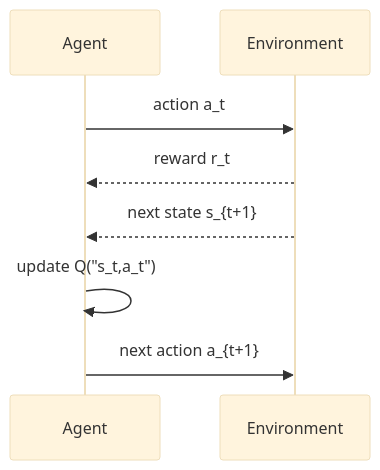
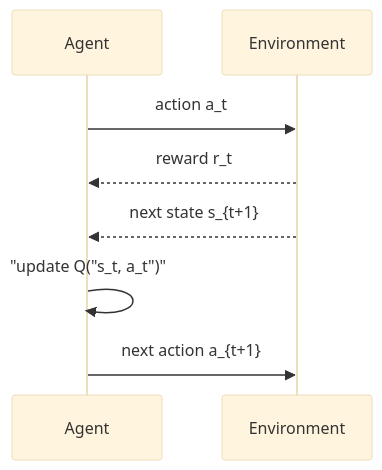
One commit to justinbrianhwang/SJ-wiki changed the diagram in docs/cs/machine-learning/reinforcement-learning.md. Above: the diagram before and after it, drawn with Mermaid (base theme). The commit also changed other lines of this file and 955 other files, not shown here.

````diff
--- a/docs/cs/machine-learning/reinforcement-learning.md
+++ b/docs/cs/machine-learning/reinforcement-learning.md
@@ -100,10 +22,10 @@
 ```mermaid
 sequenceDiagram
     participant Agent
     participant Environment
     Agent->>Environment: action a_t
     Environment-->>Agent: reward r_t
     Environment-->>Agent: next state s_{t+1}
-    Agent->>Agent: update Q("s_t,a_t")
+    Agent->>Agent: "update Q("s_t, a_t")"
     Agent->>Environment: next action a_{t+1}
 ```
````
